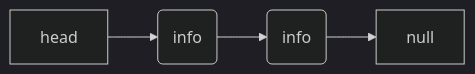
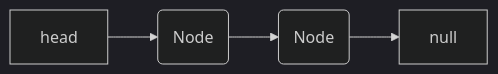
The first of 2 diagrams in README.md (Jeffrey-S-Smith/trainLinkList-), drawn with Mermaid (dark theme) before and after one commit.

Commit message:
updated train link list

````diff
--- a/README.md
+++ b/README.md
@@ -15,5 +15,5 @@
 ```mermaid
 graph LR
-head --> A(info)-->B(info)
+head --> A(Node)-->B(Node)
 B-->C[null]
 ```
````
